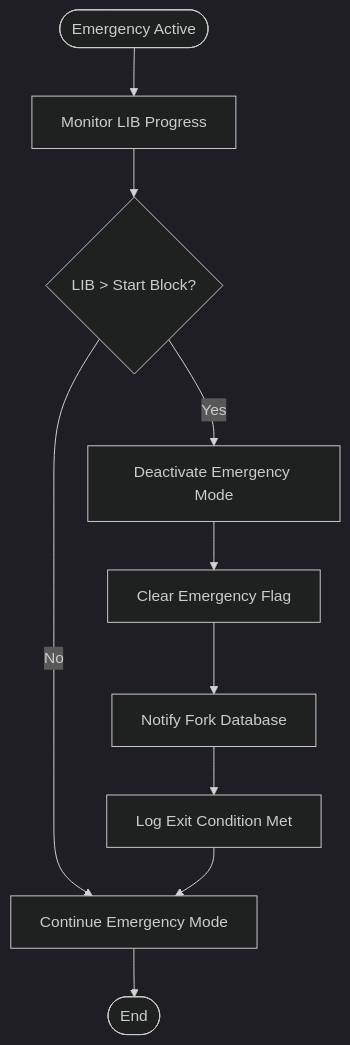
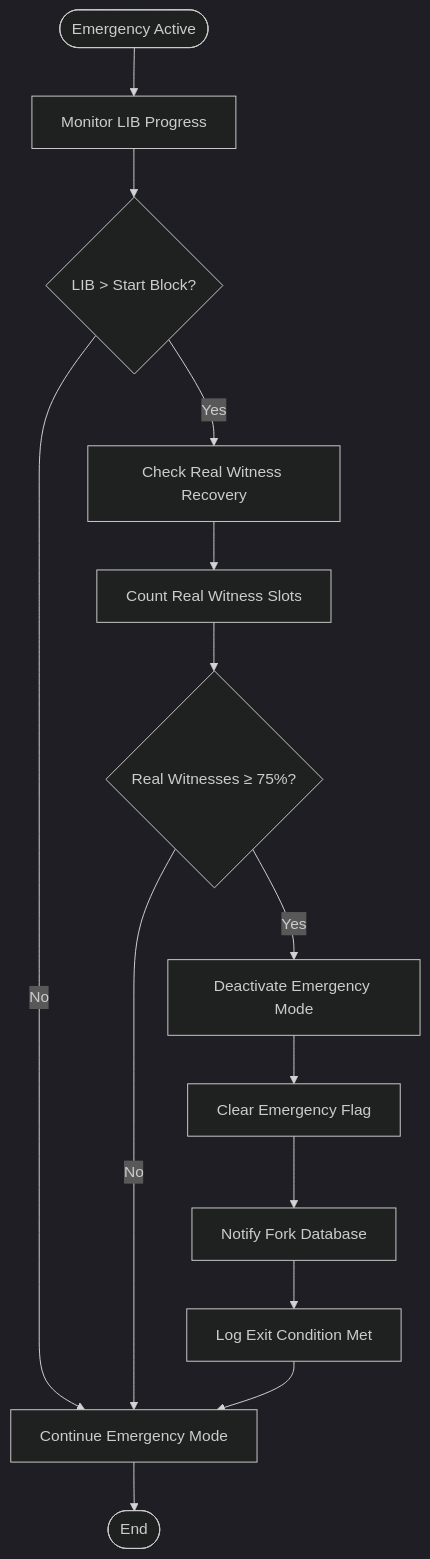
Before and after one commit to VIZ-Blockchain/viz-cpp-node: the sixth of 9 diagrams in .qoder/repowiki/en/content/Core Libraries/Emergency Consensus System.md, drawn with Mermaid (dark theme). The commit also changed other lines of this file and 7 other files, not shown here.

````diff
--- a/.qoder/repowiki/en/content/Core Libraries/Emergency Consensus System.md
+++ b/.qoder/repowiki/en/content/Core Libraries/Emergency Consensus System.md
@@ -339,12 +324,16 @@
 ```mermaid
 flowchart TD
 Start([Emergency Active]) --> MonitorLIB["Monitor LIB Progress"]
 MonitorLIB --> CheckProgress{"LIB > Start Block?"}
 CheckProgress --> |No| Continue["Continue Emergency Mode"]
-CheckProgress --> |Yes| Deactivate["Deactivate Emergency Mode"]
+CheckProgress --> |Yes| CheckRecovery["Check Real Witness Recovery"]
+CheckRecovery --> CountReal["Count Real Witness Slots"]
+CountReal --> CheckThreshold{"Real Witnesses ≥ 75%?"}
+CheckThreshold --> |No| Continue
+CheckThreshold --> |Yes| Deactivate["Deactivate Emergency Mode"]
 Deactivate --> ClearFlag["Clear Emergency Flag"]
 ClearFlag --> NotifyFork["Notify Fork Database"]
 NotifyFork --> LogExit["Log Exit Condition Met"]
 LogExit --> Continue
 Continue --> End([End])
 ```
````
